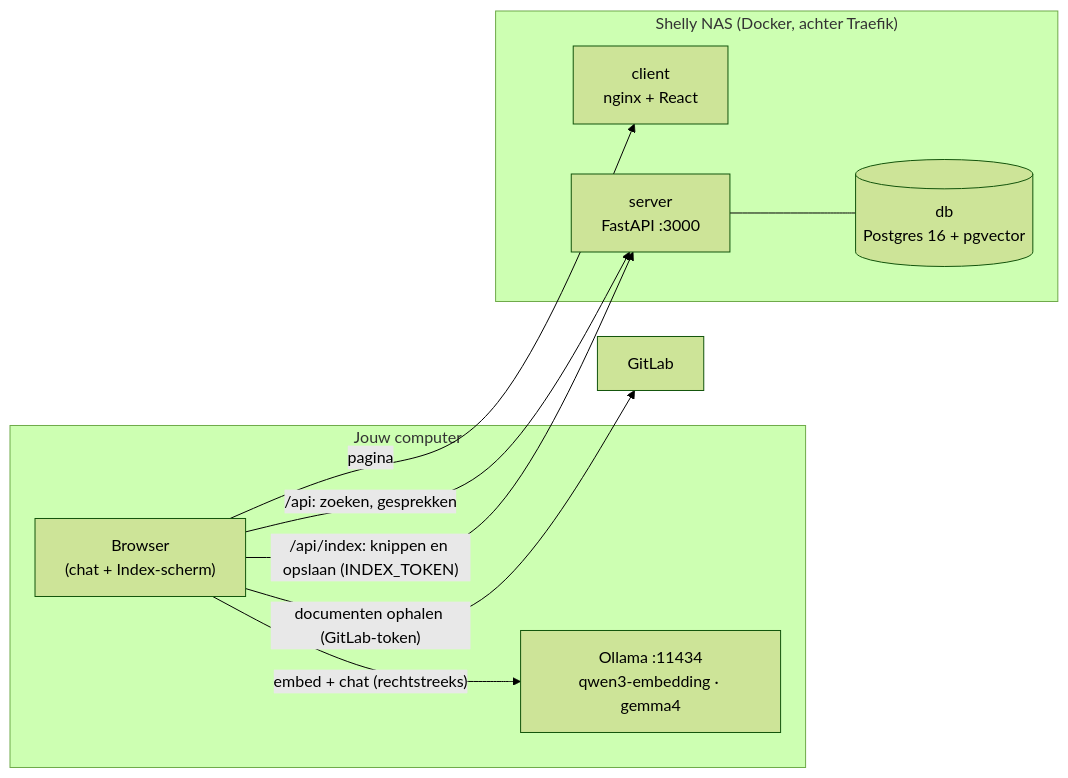
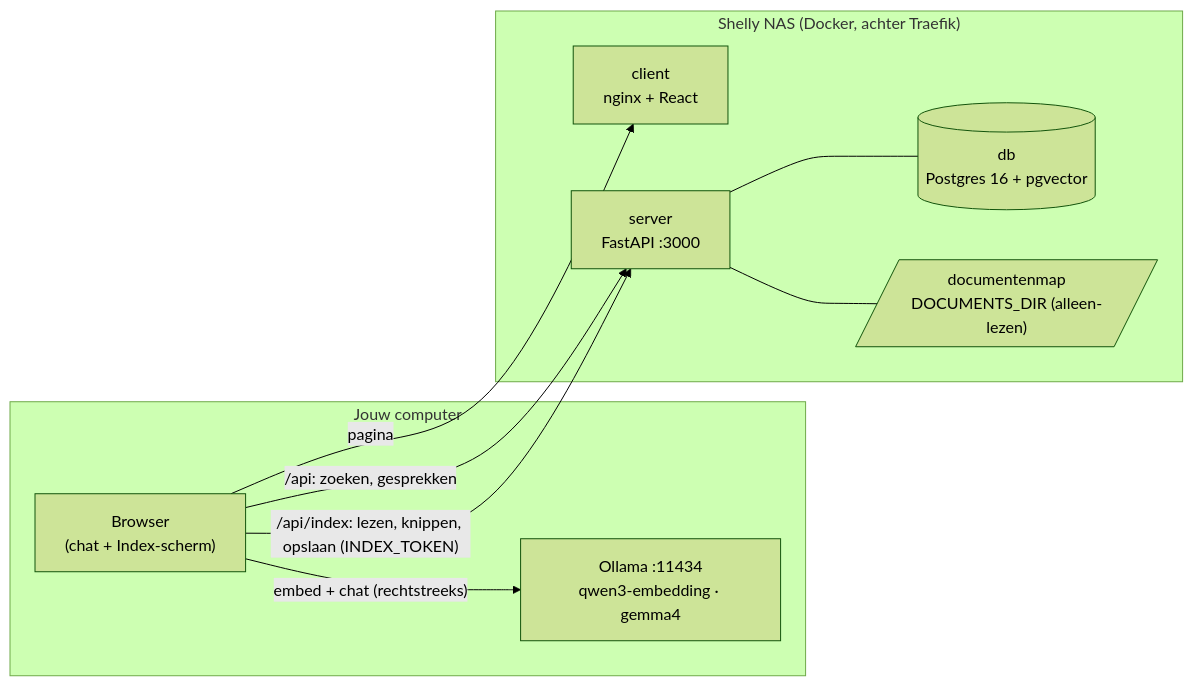
Before and after one commit to shelly-nas/shelly-chat: the diagram in README.md, drawn with Mermaid (forest theme). The commit also changed other lines of this file and 35 other files, not shown here.

First line of the commit message:
feat: index documents from a folder on the NAS instead of GitLab

````diff
--- a/README.md
+++ b/README.md
@@ -14,20 +14,20 @@
 ```mermaid
 flowchart LR
     subgraph PC["Jouw computer"]
         B["Browser<br/>(chat + Index-scherm)"]
         O["Ollama :11434<br/>qwen3-embedding · gemma4"]
     end
     subgraph NAS["Shelly NAS (Docker, achter Traefik)"]
         C["client<br/>nginx + React"]
         S["server<br/>FastAPI :3000"]
         D[("db<br/>Postgres 16 + pgvector")]
+        F[/"documentenmap<br/>DOCUMENTS_DIR (alleen-lezen)"/]
     end
-    G["GitLab"]
 
     B -- "pagina" --> C
     B -- "/api: zoeken, gesprekken" --> S
     B -- "embed + chat (rechtstreeks)" --> O
-    B -- "documenten ophalen (GitLab-token)" --> G
-    B -- "/api/index: knippen en opslaan (INDEX_TOKEN)" --> S
+    B -- "/api/index: lezen, knippen, opslaan (INDEX_TOKEN)" --> S
     S --- D
+    S --- F
 ```
````
